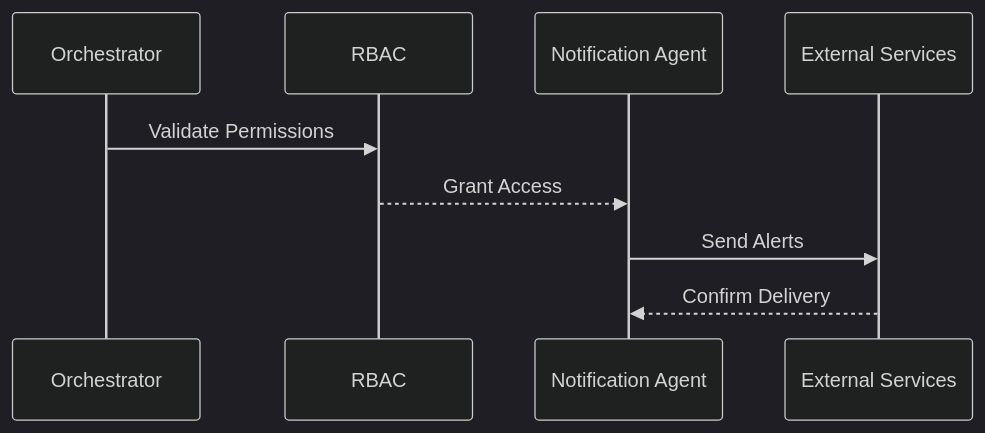
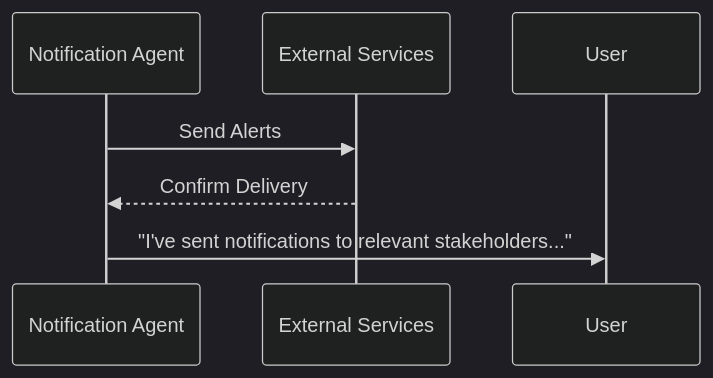
The tenth of 10 diagrams in agentic_usecase.md (jenishIC/documents), drawn with Mermaid (dark theme) before and after one commit. The commit also changed other lines of this file, not shown here.

````diff
--- a/agentic_usecase.md
+++ b/agentic_usecase.md
@@ -88,7 +271,6 @@
    ```mermaid
    sequenceDiagram
-   Orchestrator->>RBAC: Validate Permissions
-   RBAC-->>Notification Agent: Grant Access
    Notification Agent->>External Services: Send Alerts
    External Services-->>Notification Agent: Confirm Delivery
+   Notification Agent->>User: "I've sent notifications to relevant stakeholders..."
    ```
````
